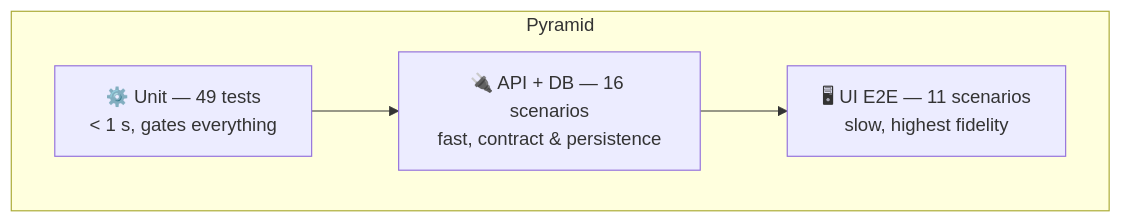
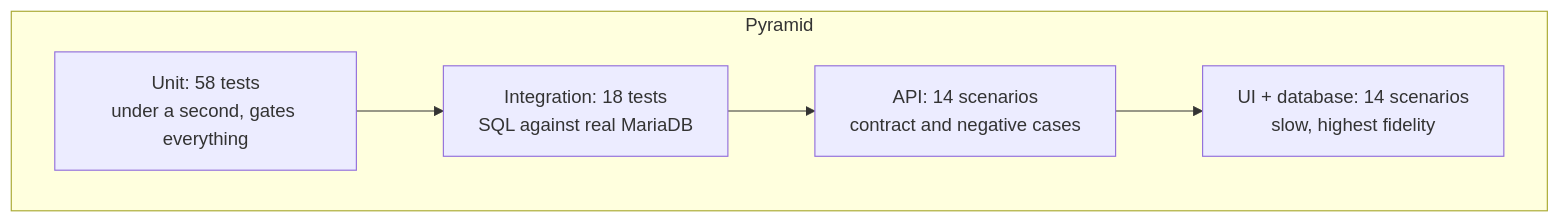
Before and after one commit to AdrianDeutsch/ShopGuard: the second of 2 diagrams in README.md, drawn with Mermaid. The commit also changed other lines of this file and 12 other files, not shown here.

````diff
--- a/README.md
+++ b/README.md
@@ -155,9 +189,10 @@
 ```mermaid
 flowchart TB
   subgraph Pyramid
-    UI["🖥 UI E2E — 11 scenarios<br/>slow, highest fidelity"]
-    API["🔌 API + DB — 16 scenarios<br/>fast, contract & persistence"]
-    UNIT["⚙️ Unit — 49 tests<br/>< 1 s, gates everything"]
+    UI["UI + database: 14 scenarios<br/>slow, highest fidelity"]
+    API["API: 14 scenarios<br/>contract and negative cases"]
+    INT["Integration: 18 tests<br/>SQL against real MariaDB"]
+    UNIT["Unit: 58 tests<br/>under a second, gates everything"]
   end
-  UNIT --> API --> UI
+  UNIT --> INT --> API --> UI
 ```
````
